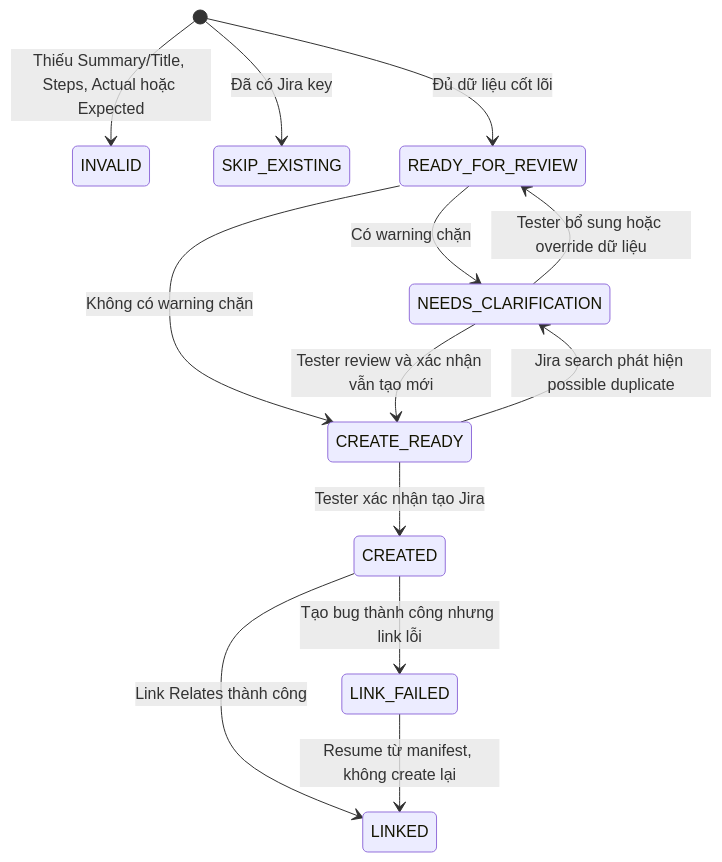
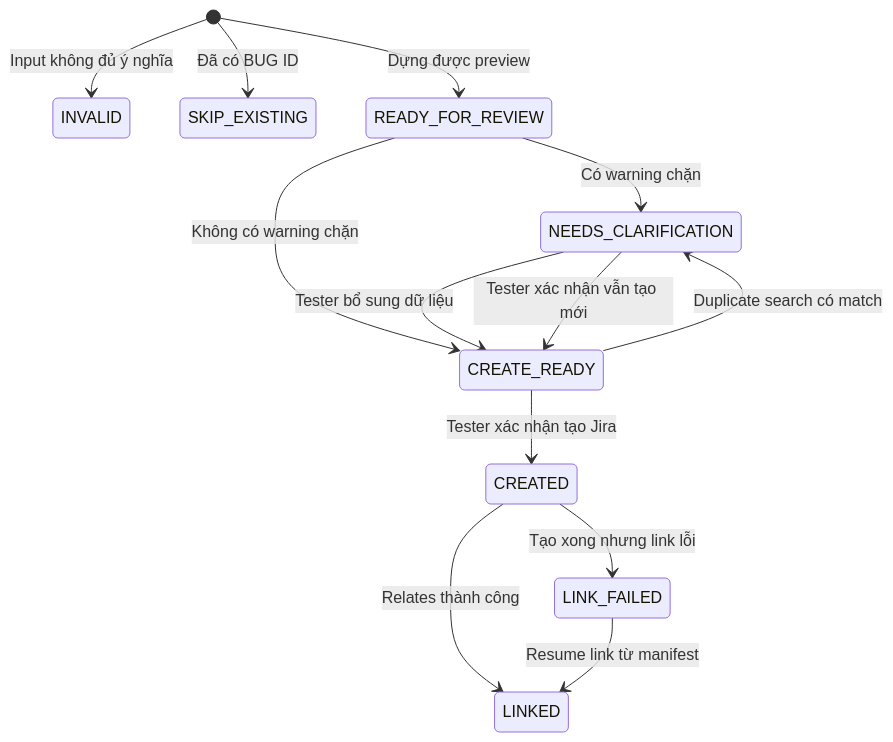
The third of 4 diagrams in Document/TONG-QUAN-LUONG-LOG-BUG-JIRA.md (tranthanhlam10/YNM-testing), drawn with Mermaid before and after one commit. The commit also changed other lines of this file and 31 other files, not shown here.

````diff
--- a/Document/TONG-QUAN-LUONG-LOG-BUG-JIRA.md
+++ b/Document/TONG-QUAN-LUONG-LOG-BUG-JIRA.md
@@ -328,18 +412,18 @@
 ```mermaid
 stateDiagram-v2
-    [*] --> INVALID: Thiếu Summary/Title, Steps, Actual hoặc Expected
-    [*] --> SKIP_EXISTING: Đã có Jira key
-    [*] --> READY_FOR_REVIEW: Đủ dữ liệu cốt lõi
+    [*] --> INVALID: Input không đủ ý nghĩa
+    [*] --> SKIP_EXISTING: Đã có BUG ID
+    [*] --> READY_FOR_REVIEW: Dựng được preview
 
     READY_FOR_REVIEW --> NEEDS_CLARIFICATION: Có warning chặn
     READY_FOR_REVIEW --> CREATE_READY: Không có warning chặn
 
-    NEEDS_CLARIFICATION --> READY_FOR_REVIEW: Tester bổ sung hoặc override dữ liệu
-    CREATE_READY --> NEEDS_CLARIFICATION: Jira search phát hiện possible duplicate
-    NEEDS_CLARIFICATION --> CREATE_READY: Tester review và xác nhận vẫn tạo mới
+    NEEDS_CLARIFICATION --> CREATE_READY: Tester bổ sung dữ liệu
+    CREATE_READY --> NEEDS_CLARIFICATION: Duplicate search có match
+    NEEDS_CLARIFICATION --> CREATE_READY: Tester xác nhận vẫn tạo mới
 
     CREATE_READY --> CREATED: Tester xác nhận tạo Jira
-    CREATED --> LINKED: Link Relates thành công
-    CREATED --> LINK_FAILED: Tạo bug thành công nhưng link lỗi
-    LINK_FAILED --> LINKED: Resume từ manifest, không create lại
+    CREATED --> LINKED: Relates thành công
+    CREATED --> LINK_FAILED: Tạo xong nhưng link lỗi
+    LINK_FAILED --> LINKED: Resume link từ manifest
 ```
````
